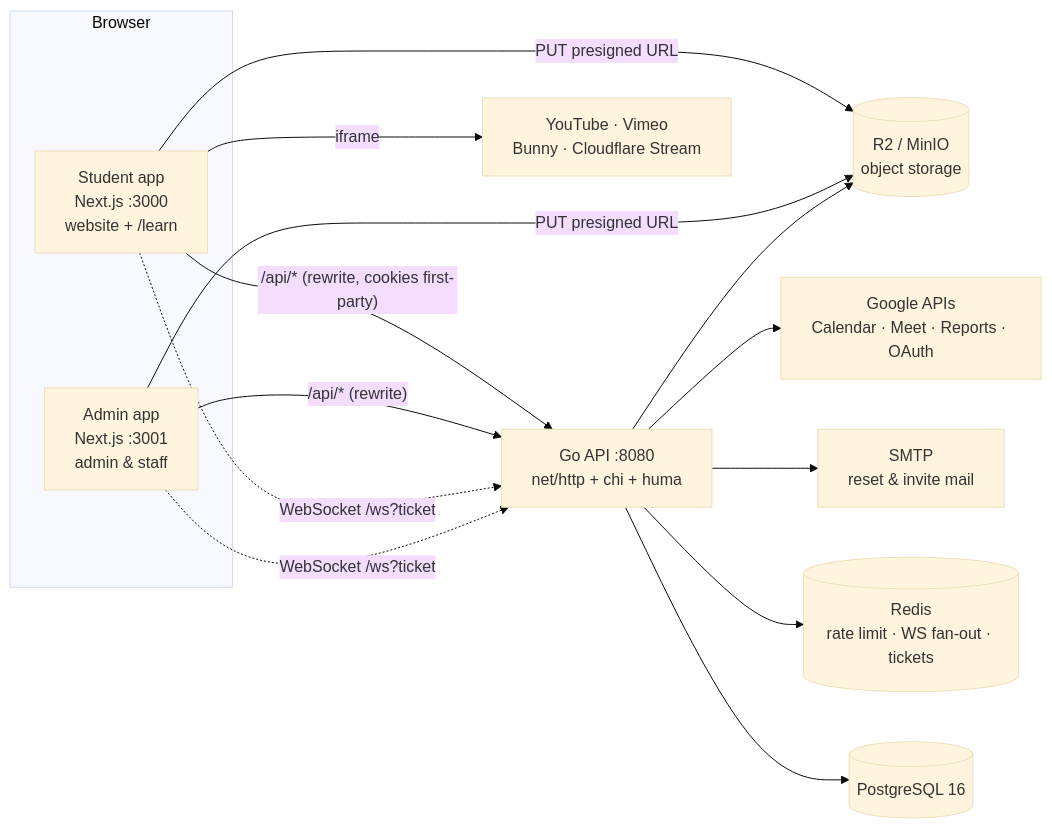
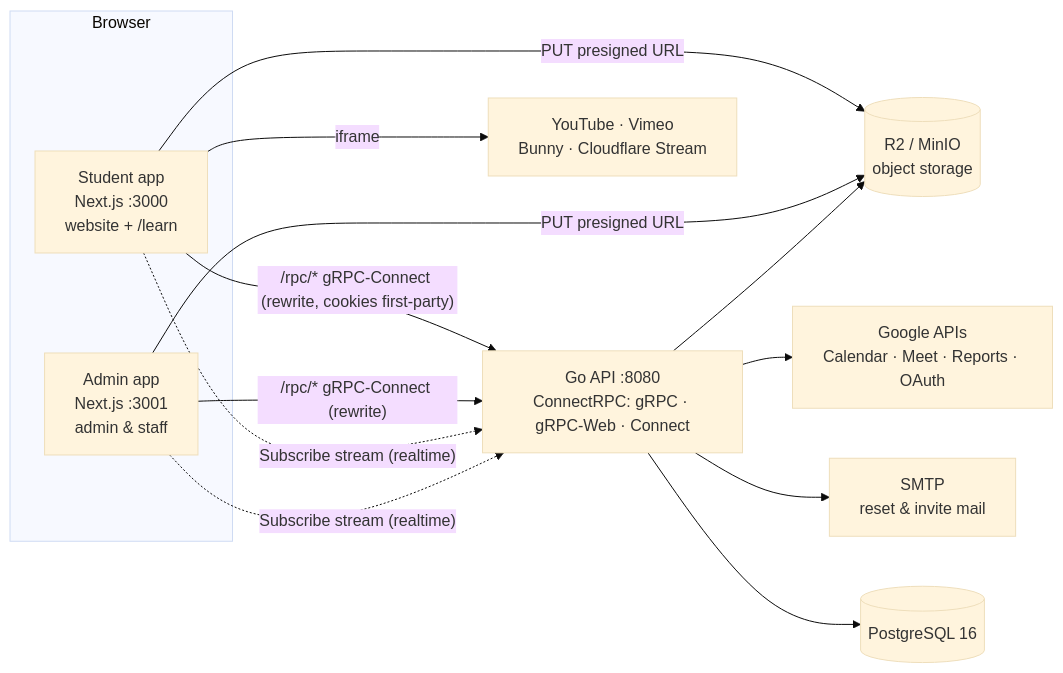
The first of 4 diagrams in docs/ARCHITECTURE.md (salmanfaris22/los_stud_visadfasf), drawn with Mermaid (base theme) before and after one commit. The commit also changed other lines of this file and 220 other files, not shown here.

First line of the commit message:
Move the whole API to gRPC (ConnectRPC), drop Redis, rebuild the Leads page

````diff
--- a/docs/ARCHITECTURE.md
+++ b/docs/ARCHITECTURE.md
@@ -5,19 +5,18 @@
 ```mermaid
 flowchart LR
   subgraph Browser
     S[Student app<br/>Next.js :3000<br/>website + /learn]
     A[Admin app<br/>Next.js :3001<br/>admin & staff]
   end
-  S -- "/api/* (rewrite, cookies first-party)" --> API
-  A -- "/api/* (rewrite)" --> API
-  S -. "WebSocket /ws?ticket" .-> API
-  A -. "WebSocket /ws?ticket" .-> API
+  S -- "/rpc/* gRPC-Connect (rewrite, cookies first-party)" --> API
+  A -- "/rpc/* gRPC-Connect (rewrite)" --> API
+  S -. "Subscribe stream (realtime)" .-> API
+  A -. "Subscribe stream (realtime)" .-> API
   S -- "PUT presigned URL" --> R2[(R2 / MinIO<br/>object storage)]
   A -- "PUT presigned URL" --> R2
-  API[Go API :8080<br/>net/http + chi + huma] --> PG[(PostgreSQL 16)]
-  API --> RD[(Redis<br/>rate limit · WS fan-out · tickets)]
+  API[Go API :8080<br/>ConnectRPC: gRPC · gRPC-Web · Connect] --> PG[(PostgreSQL 16)]
   API --> R2
   API --> SMTP[SMTP<br/>reset & invite mail]
   API --> G[Google APIs<br/>Calendar · Meet · Reports · OAuth]
   S -- "iframe" --> V[YouTube · Vimeo<br/>Bunny · Cloudflare Stream]
 ```
````
